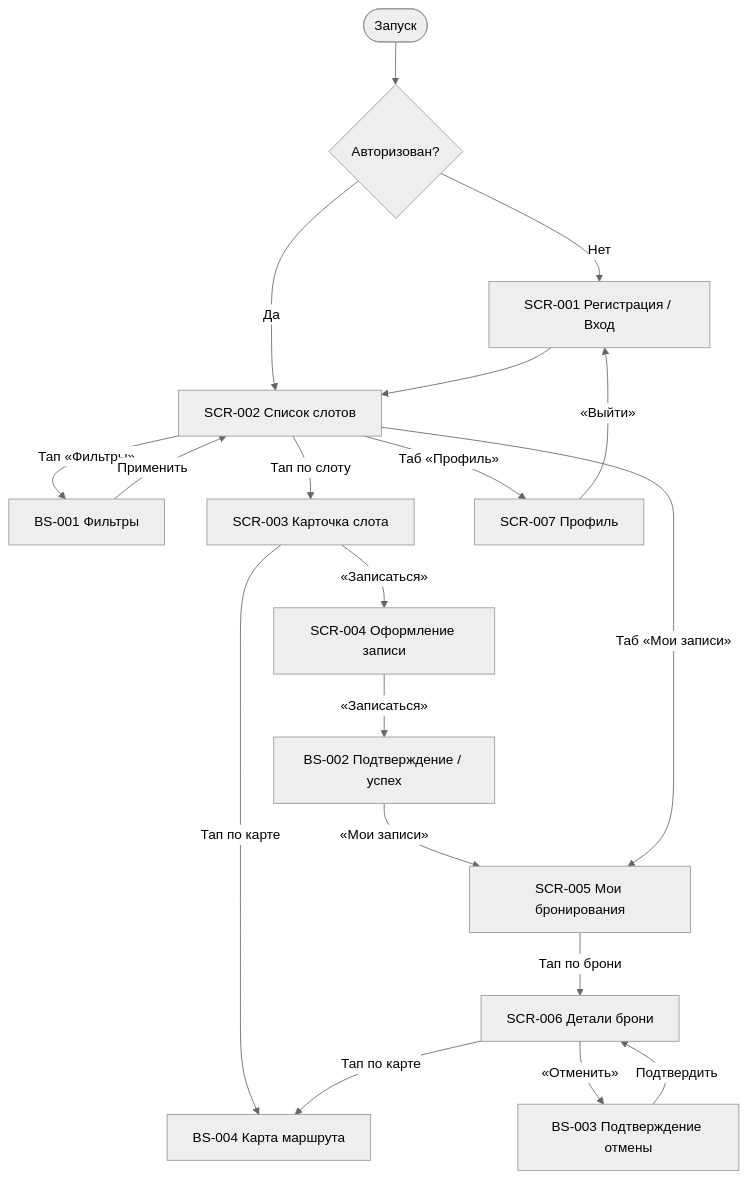
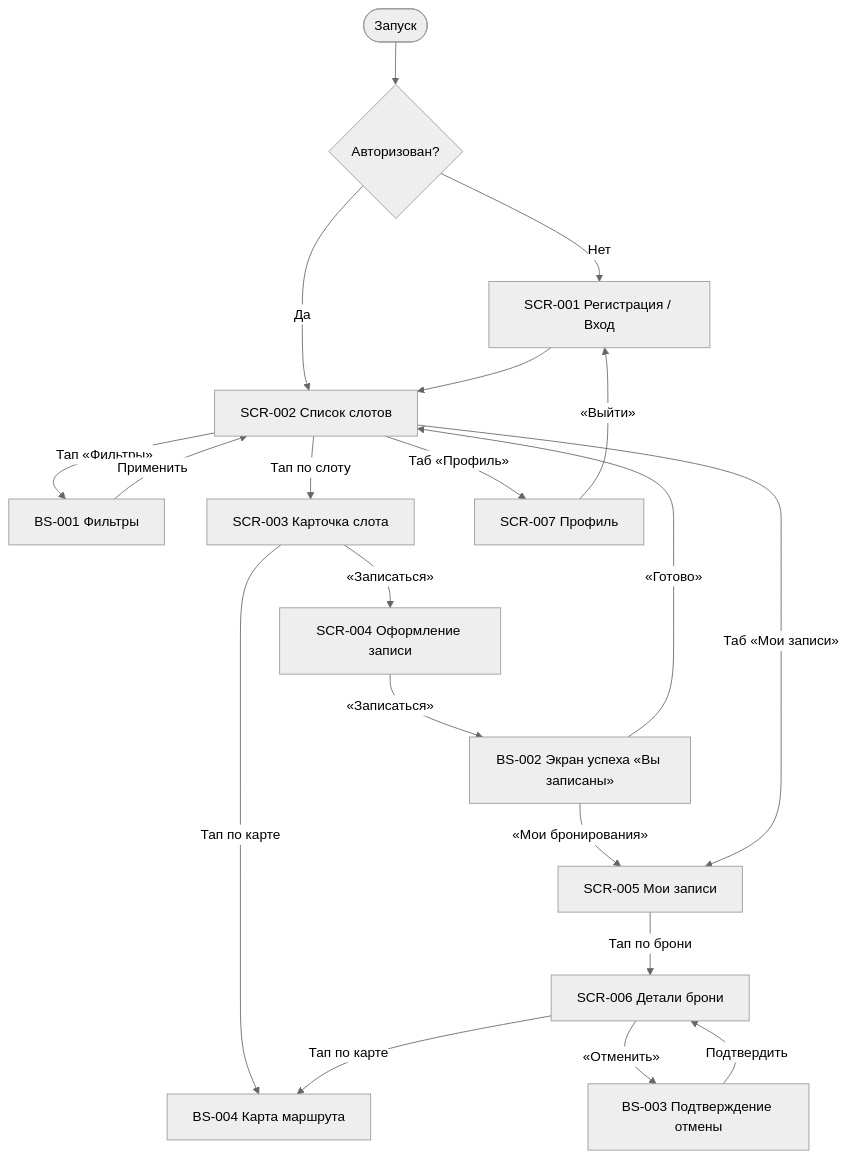
Before and after one commit to Dariadds/summer_school: the diagram in 01-analysis/5-mobile-app-spec/feature-list.md, drawn with Mermaid (neutral theme). The commit also changed other lines of this file and 20 other files, not shown here.

````diff
--- a/01-analysis/5-mobile-app-spec/feature-list.md
+++ b/01-analysis/5-mobile-app-spec/feature-list.md
@@ -66,24 +70,25 @@
 ```mermaid
 flowchart TD
     Start([Запуск]) --> Auth{Авторизован?}
     Auth -->|Нет| SCR001[SCR-001 Регистрация / Вход]
     Auth -->|Да| SCR002[SCR-002 Список слотов]
     SCR001 --> SCR002
 
     SCR002 -->|Тап «Фильтры»| BS001[BS-001 Фильтры]
     BS001 -->|Применить| SCR002
     SCR002 -->|Тап по слоту| SCR003[SCR-003 Карточка слота]
     SCR003 -->|Тап по карте| BS004[BS-004 Карта маршрута]
     SCR006 -->|Тап по карте| BS004
     SCR003 -->|«Записаться»| SCR004[SCR-004 Оформление записи]
-    SCR004 -->|«Записаться»| BS002[BS-002 Подтверждение / успех]
-    BS002 -->|«Мои записи»| SCR005[SCR-005 Мои бронирования]
+    SCR004 -->|«Записаться»| BS002[BS-002 Экран успеха «Вы записаны»]
+    BS002 -->|«Мои бронирования»| SCR005[SCR-005 Мои записи]
+    BS002 -->|«Готово»| SCR002
 
     SCR002 -->|Таб «Мои записи»| SCR005
     SCR005 -->|Тап по брони| SCR006[SCR-006 Детали брони]
     SCR006 -->|«Отменить»| BS003[BS-003 Подтверждение отмены]
     BS003 -->|Подтвердить| SCR006
 
     SCR002 -->|Таб «Профиль»| SCR007[SCR-007 Профиль]
     SCR007 -->|«Выйти»| SCR001
 ```
````
